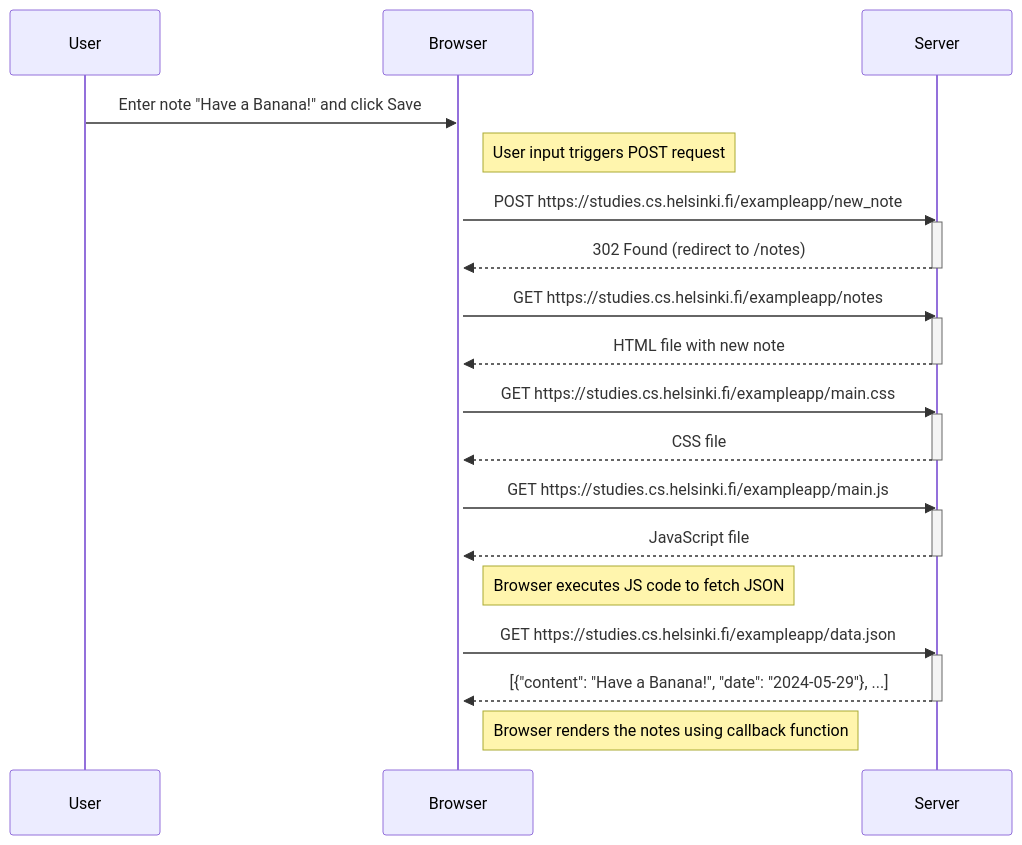
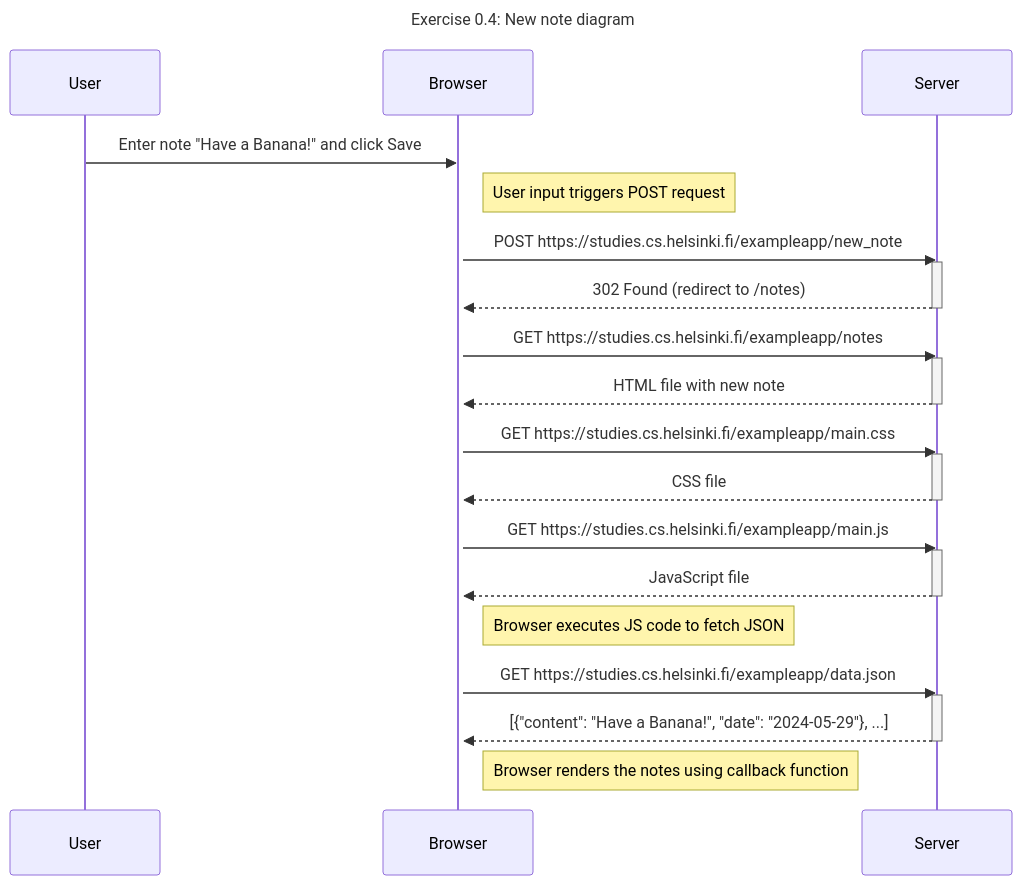
Before and after one commit to Lum-py/full-stack-open: the diagram in part0/0.4.md, drawn with Mermaid. The commit also changed other lines of this file, not shown here.

````diff
--- a/part0/0.4.md
+++ b/part0/0.4.md
@@ -2,38 +2,39 @@
 ```mermaid
 sequenceDiagram
+    title: Exercise 0.4: New note diagram
     participant User
     participant Browser
     participant Server
 
     User->>Browser: Enter note "Have a Banana!" and click Save
     activate Browser
     Note right of Browser: User input triggers POST request
     Browser->>Server: POST https://studies.cs.helsinki.fi/exampleapp/new_note
     activate Server
     Server-->>Browser: 302 Found (redirect to /notes)
     deactivate Server
 
     Browser->>Server: GET https://studies.cs.helsinki.fi/exampleapp/notes
     activate Server
     Server-->>Browser: HTML file with new note
     deactivate Server
 
     Browser->>Server: GET https://studies.cs.helsinki.fi/exampleapp/main.css
     activate Server
     Server-->>Browser: CSS file
     deactivate Server
 
     Browser->>Server: GET https://studies.cs.helsinki.fi/exampleapp/main.js
     activate Server
     Server-->>Browser: JavaScript file
     deactivate Server
 
     Note right of Browser: Browser executes JS code to fetch JSON
     Browser->>Server: GET https://studies.cs.helsinki.fi/exampleapp/data.json
     activate Server
     Server-->>Browser: [{"content": "Have a Banana!", "date": "2024-05-29"}, ...]
     deactivate Server
 
     Note right of Browser: Browser renders the notes using callback function
 
 ```
````
